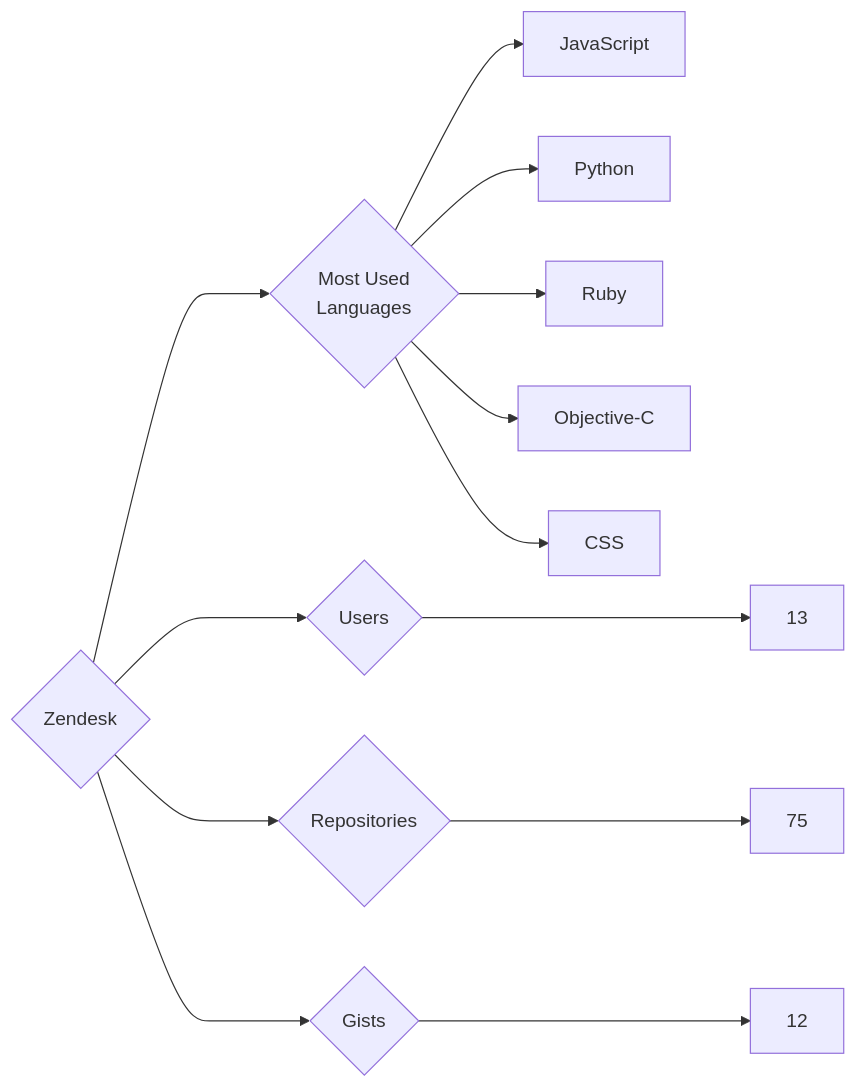
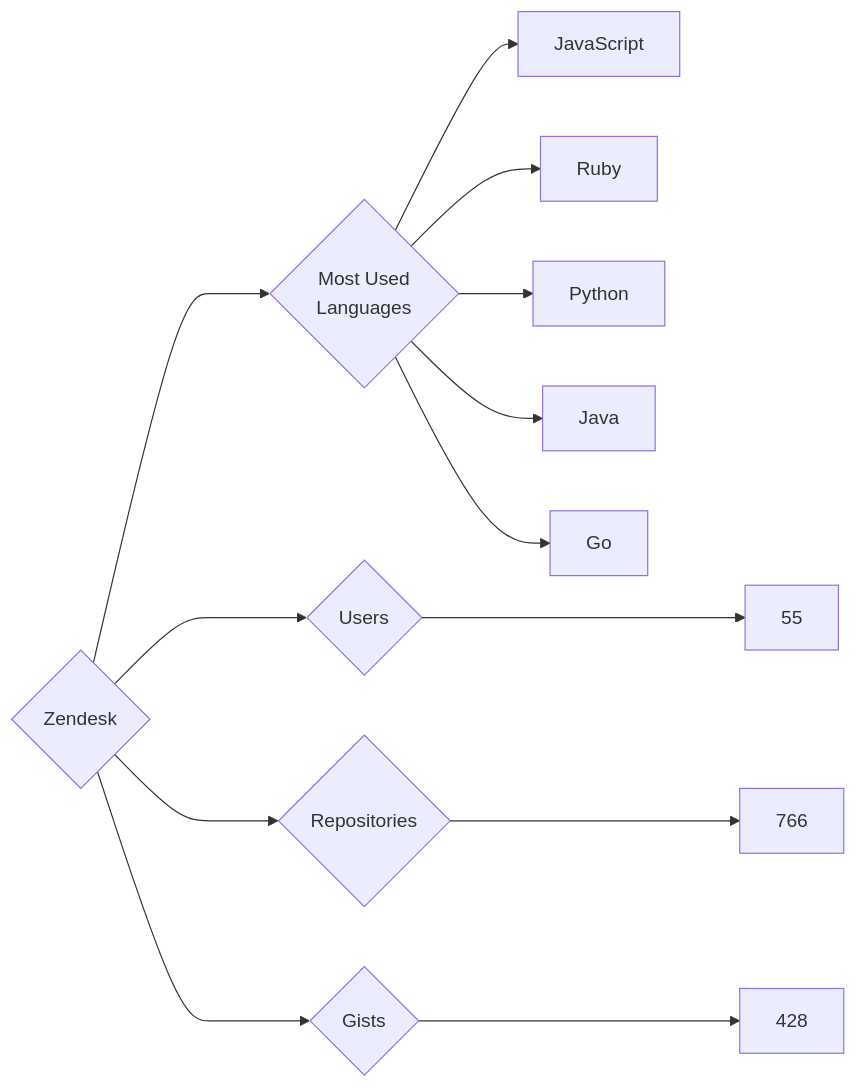
Before and after one commit to trickest/insiders: the diagram in targets/Zendesk/README.md, drawn with Mermaid. The commit also changed 871 other files, not shown here.

````diff
--- a/targets/Zendesk/README.md
+++ b/targets/Zendesk/README.md
@@ -3,13 +3,13 @@
 ```mermaid
 graph LR
 COMPANY_NAME{Zendesk}
-COMPANY_NAME ---> U{Users} ---> UN[13]
-COMPANY_NAME ---> R{Repositories} ---> RN[75]
-COMPANY_NAME ---> G{Gists} ---> GN[12]
+COMPANY_NAME ---> U{Users} ---> UN[55]
+COMPANY_NAME ---> R{Repositories} ---> RN[766]
+COMPANY_NAME ---> G{Gists} ---> GN[428]
 COMPANY_NAME ---> ML{Most Used<br>Languages}
 ML --> JavaScript[JavaScript]
+ML --> Ruby[Ruby]
 ML --> Python[Python]
-ML --> Ruby[Ruby]
-ML --> Objective-C[Objective-C]
-ML --> CSS[CSS]
+ML --> Java[Java]
+ML --> Go[Go]
 ```
````
